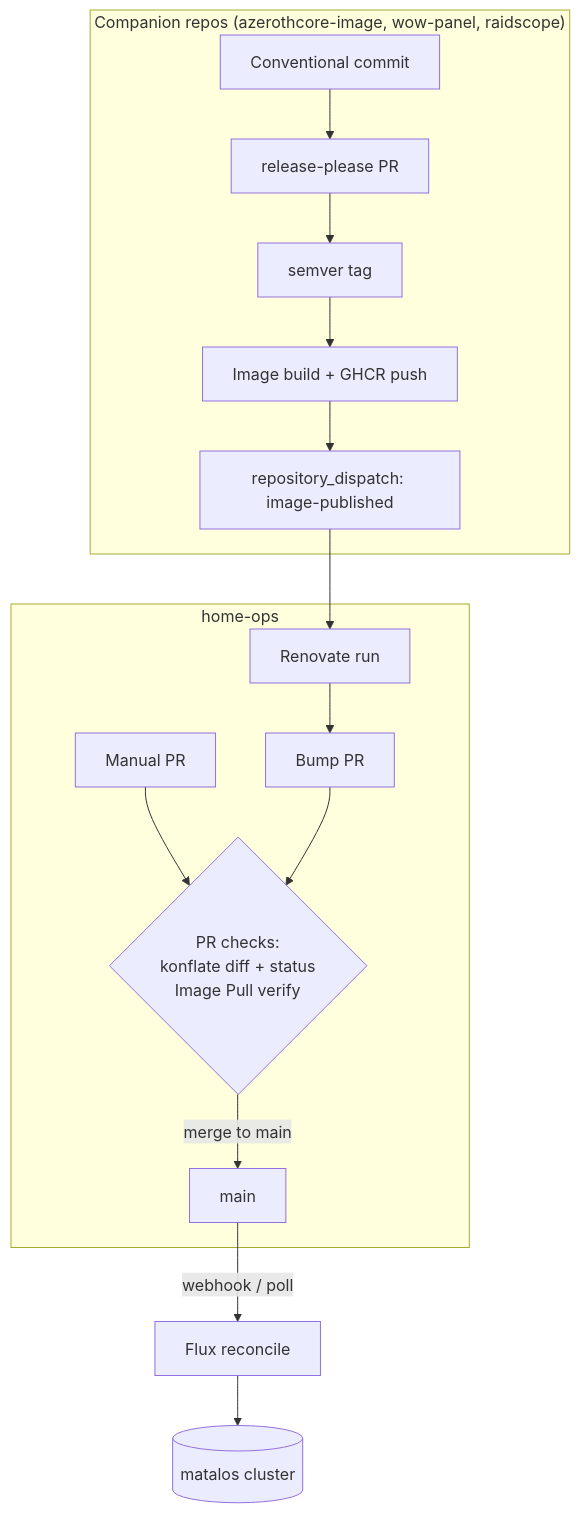
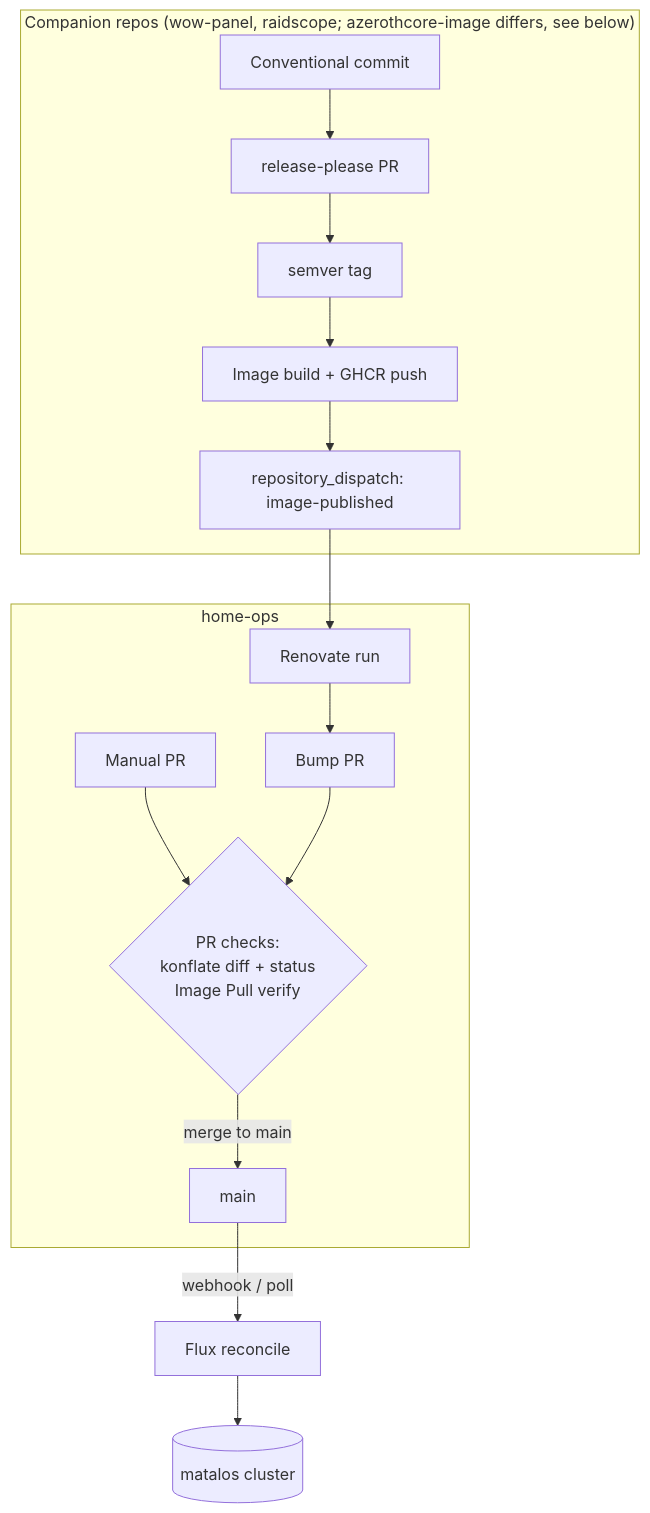
The diagram in docs/cicd.md (materia-ops/home-ops), drawn with Mermaid before and after one commit. The commit also changed other lines of this file and 13 other files, not shown here.

````diff
--- a/docs/cicd.md
+++ b/docs/cicd.md
@@ -11,16 +11,16 @@
 ```mermaid
 flowchart TD
-    subgraph companion["Companion repos (azerothcore-image, wow-panel, raidscope)"]
+    subgraph companion["Companion repos (wow-panel, raidscope; azerothcore-image differs, see below)"]
         c1[Conventional commit] --> rp[release-please PR] --> tag[semver tag]
         tag --> build[Image build + GHCR push]
         build --> disp["repository_dispatch: image-published"]
     end
     subgraph homeops["home-ops"]
         disp --> ren[Renovate run] --> bump[Bump PR]
         pr[Manual PR] --> checks
         bump --> checks{"PR checks:<br/>konflate diff + status<br/>Image Pull verify"}
         checks -->|merge to main| main[main]
     end
     main -->|webhook / poll| flux[Flux reconcile]
     flux --> cluster[(matalos cluster)]
 ```
````
